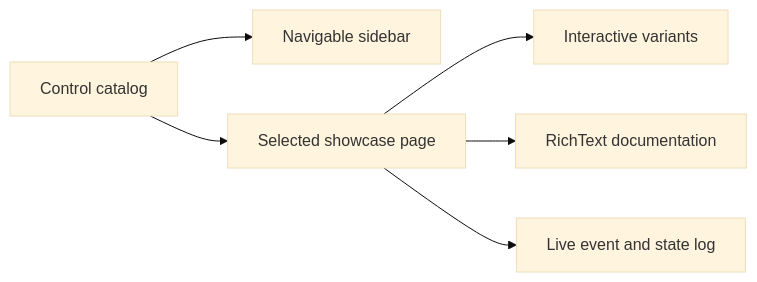
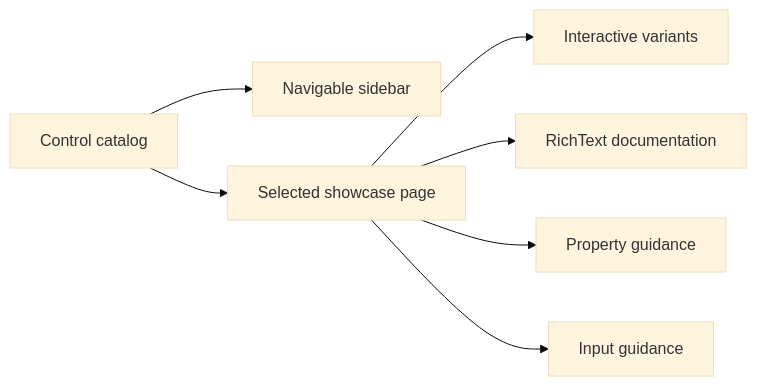
The diagram in docs/architecture/showcase.md (pavkam/sharp-vision), drawn with Mermaid (base theme) before and after one commit. The commit also changed other lines of this file and 6 other files, not shown here.

````diff
--- a/docs/architecture/showcase.md
+++ b/docs/architecture/showcase.md
@@ -8,8 +8,9 @@
 ```mermaid
 flowchart LR
     Catalog["Control catalog"] --> Sidebar["Navigable sidebar"]
     Catalog --> Page["Selected showcase page"]
     Page --> Variants["Interactive variants"]
     Page --> RichText["RichText documentation"]
-    Page --> Log["Live event and state log"]
+    Page --> Properties["Property guidance"]
+    Page --> Interaction["Input guidance"]
 ```
````
